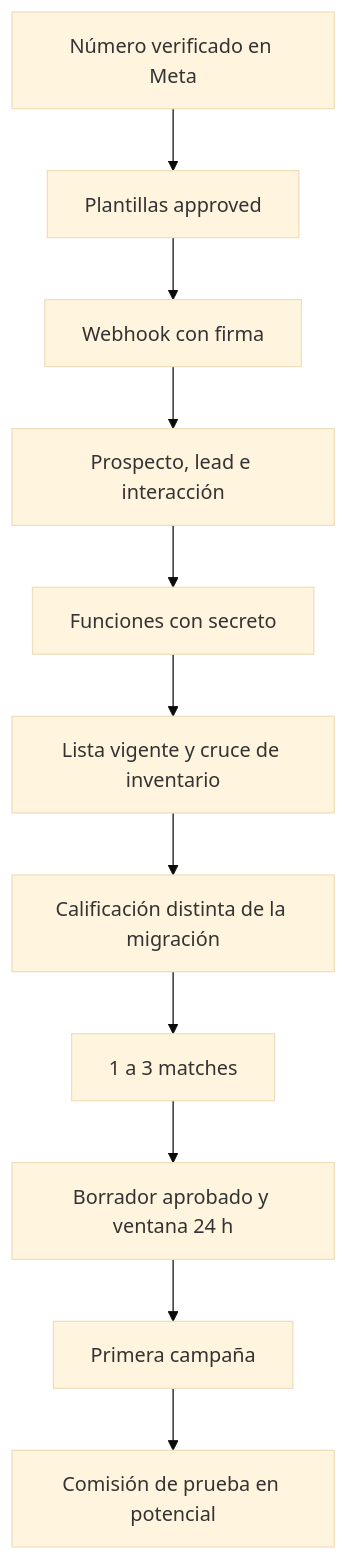
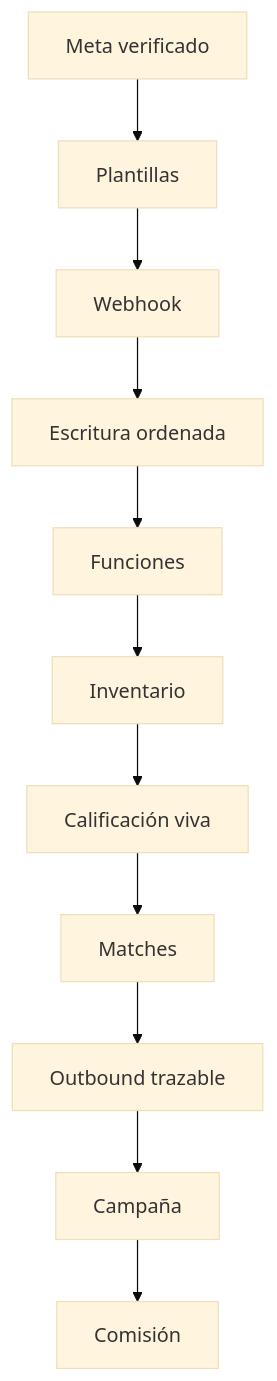
Before and after one commit to EstrategiaInmobiliaria/Tokenizer-extended: diagram 11 of 13 in docs/palm-lab-practica/iso/PD-SGC-MAN-001.md, drawn with Mermaid (base theme). The commit also changed other lines of this file and 4 other files, not shown here.

````diff
--- a/docs/palm-lab-practica/iso/PD-SGC-MAN-001.md
+++ b/docs/palm-lab-practica/iso/PD-SGC-MAN-001.md
@@ -525,13 +469,13 @@
 ```mermaid
 flowchart TD
-  P1[Número verificado en Meta] --> P2[Plantillas approved]
-  P2 --> P3[Webhook con firma]
-  P3 --> P4[Prospecto, lead e interacción]
-  P4 --> P5[Funciones con secreto]
-  P5 --> P6[Lista vigente y cruce de inventario]
-  P6 --> P7[Calificación distinta de la migración]
-  P7 --> P8[1 a 3 matches]
-  P8 --> P9[Borrador aprobado y ventana 24 h]
-  P9 --> P10[Primera campaña]
-  P10 --> P11[Comisión de prueba en potencial]
+  P1[Meta verificado] --> P2[Plantillas]
+  P2 --> P3[Webhook]
+  P3 --> P4[Escritura ordenada]
+  P4 --> P5[Funciones]
+  P5 --> P6[Inventario]
+  P6 --> P7[Calificación viva]
+  P7 --> P8[Matches]
+  P8 --> P9[Outbound trazable]
+  P9 --> P10[Campaña]
+  P10 --> P11[Comisión]
 ```
````
